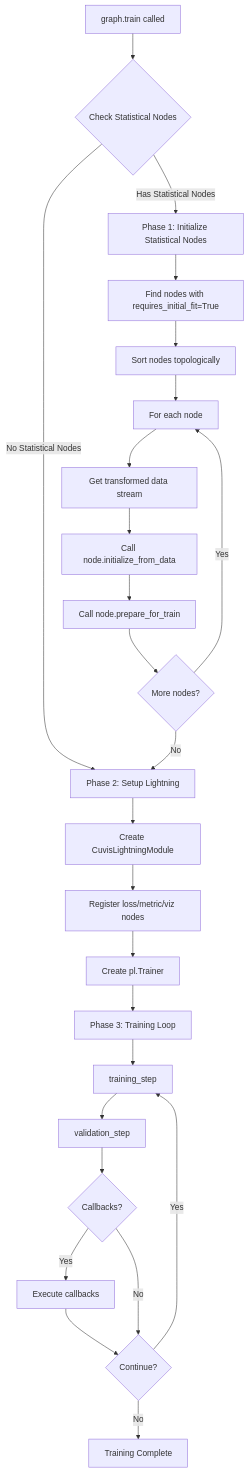
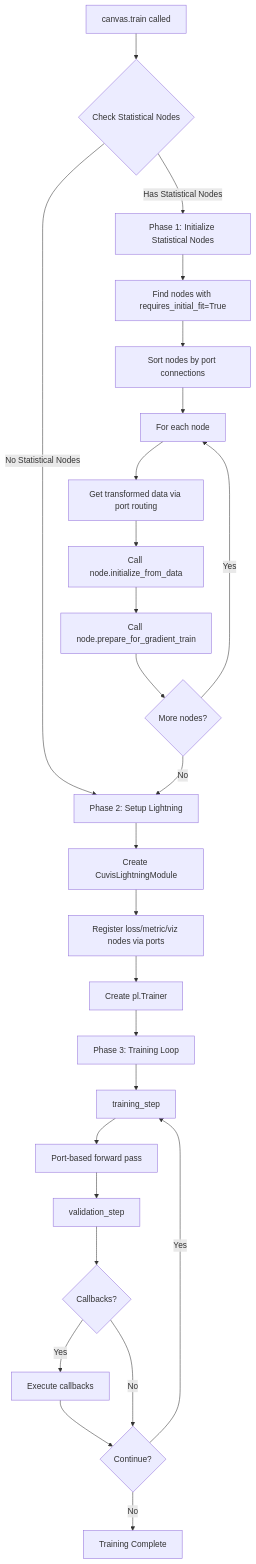
The second of 4 diagrams in docs/reference/architecture.md (cubert-hyperspectral/cuvis-ai), drawn with Mermaid before and after one commit. The commit also changed other lines of this file and 123 other files, not shown here.

Commit message:
refactor(canvas): introduce canvas/ports model with typed stubs, new node modules, and expanded pipeline tests

````diff
--- a/docs/reference/architecture.md
+++ b/docs/reference/architecture.md
@@ -9,27 +31,28 @@
 ```mermaid
 graph TB
-    A[graph.train called] --> B{Check Statistical Nodes}
+    A[canvas.train called] --> B{Check Statistical Nodes}
     B -->|Has Statistical Nodes| C[Phase 1: Initialize Statistical Nodes]
     B -->|No Statistical Nodes| D[Phase 2: Setup Lightning]
     C --> C1[Find nodes with requires_initial_fit=True]
-    C1 --> C2[Sort nodes topologically]
+    C1 --> C2[Sort nodes by port connections]
     C2 --> C3[For each node]
-    C3 --> C4[Get transformed data stream]
+    C3 --> C4[Get transformed data via port routing]
     C4 --> C5[Call node.initialize_from_data]
-    C5 --> C6[Call node.prepare_for_train]
+    C5 --> C6[Call node.prepare_for_gradient_train]
     C6 --> C7{More nodes?}
     C7 -->|Yes| C3
     C7 -->|No| D
     D --> D1[Create CuvisLightningModule]
-    D1 --> D2[Register loss/metric/viz nodes]
+    D1 --> D2[Register loss/metric/viz nodes via ports]
     D2 --> D3[Create pl.Trainer]
     D3 --> E[Phase 3: Training Loop]
     E --> E1[training_step]
-    E1 --> E2[validation_step]
-    E2 --> E3{Callbacks?}
-    E3 -->|Yes| E4[Execute callbacks]
-    E4 --> E5{Continue?}
-    E3 -->|No| E5
-    E5 -->|Yes| E1
-    E5 -->|No| F[Training Complete]
+    E1 --> E2[Port-based forward pass]
+    E2 --> E3[validation_step]
+    E3 --> E4{Callbacks?}
+    E4 -->|Yes| E5[Execute callbacks]
+    E5 --> E6{Continue?}
+    E4 -->|No| E6
+    E6 -->|Yes| E1
+    E6 -->|No| F[Training Complete]
 ```
````
